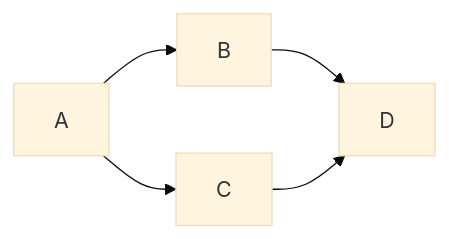
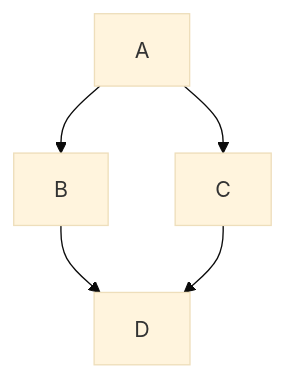
One commit to AllanDza/Vita_Vue changed the diagram in README.md. Above: the diagram before and after it, drawn with Mermaid (base theme).

````diff
--- a/README.md
+++ b/README.md
@@ -4,7 +4,7 @@
-``` mermaid
-  graph LR;
-    A-->B;
-    A-->C;
-    B-->D;
-    C-->D;
+```mermaid
+  graph TD;
+      A-->B;
+      A-->C;
+      B-->D;
+      C-->D;
 ```
````
